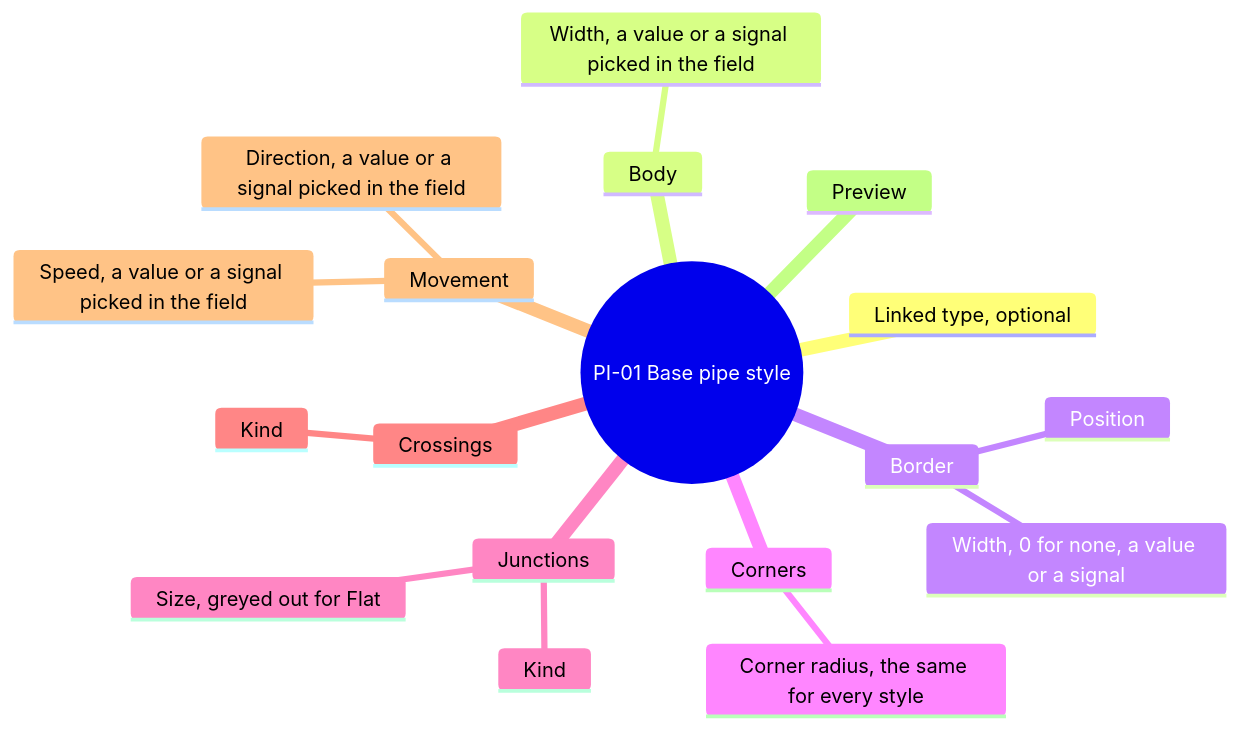
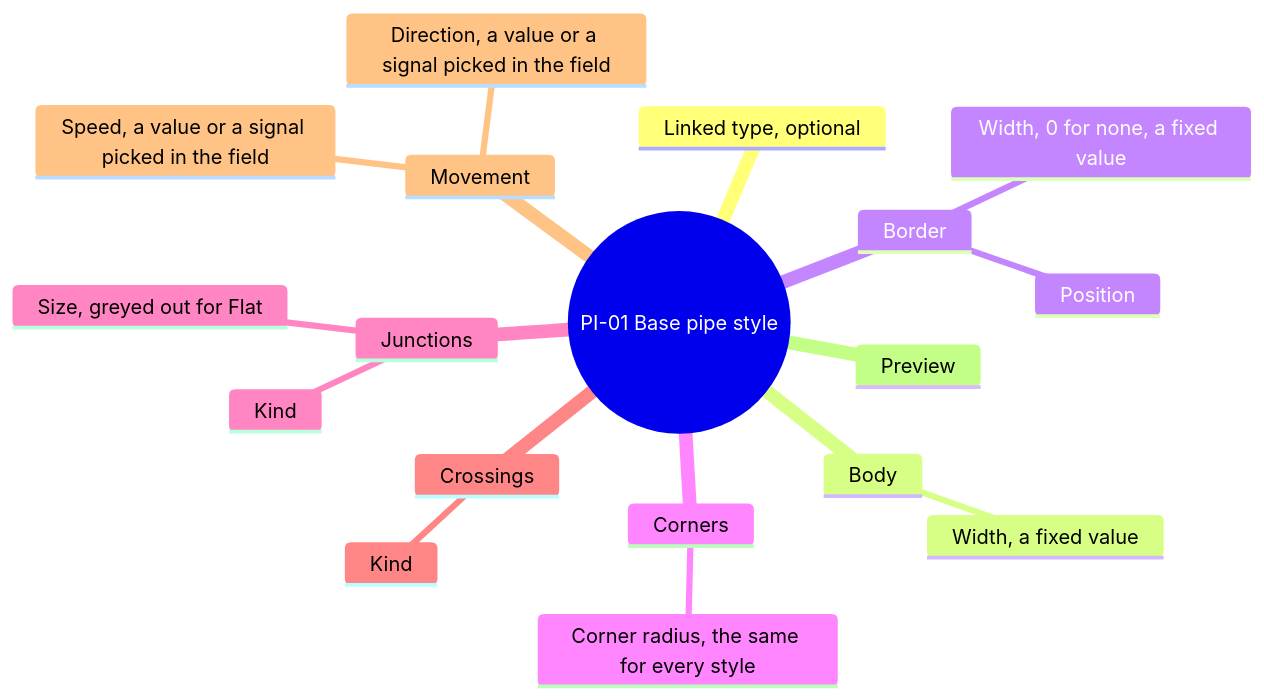
The third of 6 diagrams in screens/pipes.md (AlexandreGallais/synoptic-studio-spec), drawn with Mermaid before and after one commit. The commit also changed other lines of this file and 5 other files, not shown here.

````diff
--- a/screens/pipes.md
+++ b/screens/pipes.md
@@ -40,21 +40,21 @@
 ```mermaid
 mindmap
   root((PI-01 Base pipe style))
     Linked type, optional
     Body
-      Width, a value or a signal picked in the field
+      Width, a fixed value
     Border
-      Width, 0 for none, a value or a signal
+      Width, 0 for none, a fixed value
       Position
     Corners
       Corner radius, the same for every style
     Junctions
       Kind
       Size, greyed out for Flat
     Crossings
       Kind
     Movement
       Direction, a value or a signal picked in the field
       Speed, a value or a signal picked in the field
     Preview
 ```
````
